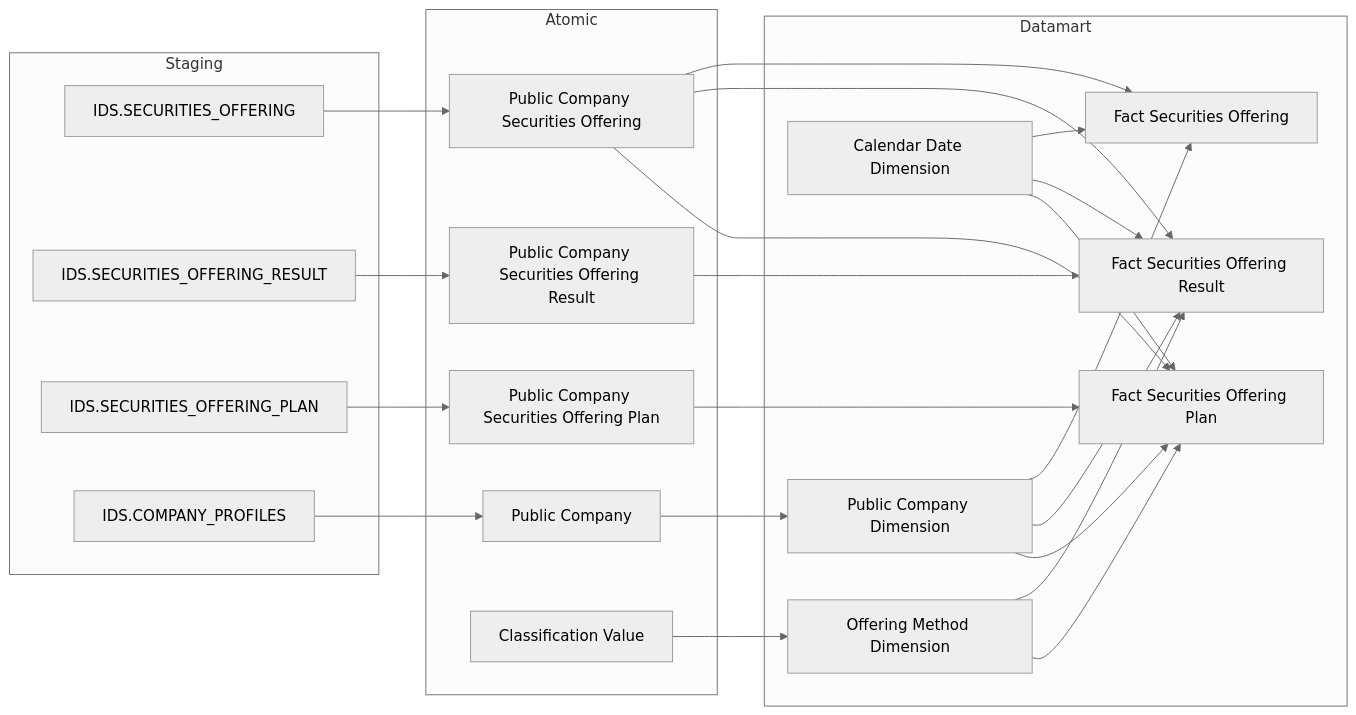
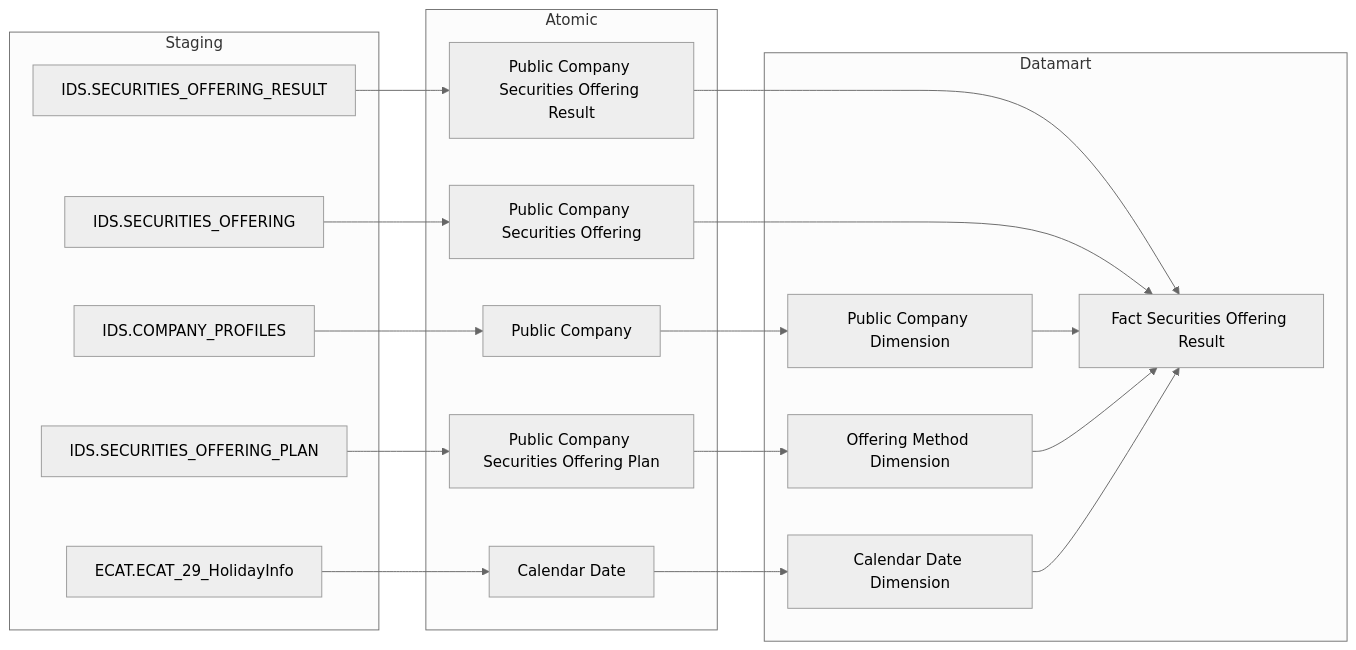
Before and after one commit to linhlvit/ubck_atomic_design: the third of 22 diagrams in Datamart/hld/DTM_QLCB_HLD.md, drawn with Mermaid (neutral theme). The commit also changed other lines of this file and 17 other files, not shown here.

````diff
--- a/Datamart/hld/DTM_QLCB_HLD.md
+++ b/Datamart/hld/DTM_QLCB_HLD.md
@@ -38,48 +120,41 @@
 ```mermaid
 flowchart LR
-    subgraph SRC_IDS["Staging"]
-        S1["IDS.SECURITIES_OFFERING"]
-        S2["IDS.SECURITIES_OFFERING_RESULT"]
-        S3["IDS.SECURITIES_OFFERING_PLAN"]
-        S4["IDS.COMPANY_PROFILES"]
+    subgraph SRC["Staging"]
+        IDS_SECURITIES_OFFERING["IDS.SECURITIES_OFFERING"]
+        IDS_SECURITIES_OFFERING_RESULT["IDS.SECURITIES_OFFERING_RESULT"]
+        IDS_SECURITIES_OFFERING_PLAN["IDS.SECURITIES_OFFERING_PLAN"]
+        IDS_COMPANY_PROFILES["IDS.COMPANY_PROFILES"]
+        ECAT_ECAT_29_HolidayInfo["ECAT.ECAT_29_HolidayInfo"]
     end
 
     subgraph SIL["Atomic"]
-        SV1["Public Company Securities Offering"]
-        SV1b["Public Company Securities Offering Result"]
-        SV1c["Public Company Securities Offering Plan"]
-        SV2["Public Company"]
-        SV4["Classification Value"]
+        Public_Company_Securities_Offering["Public Company Securities Offering"]
+        Public_Company_Securities_Offering_Result["Public Company Securities Offering Result"]
+        Public_Company_Securities_Offering_Plan["Public Company Securities Offering Plan"]
+        Public_Company["Public Company"]
+        Calendar_Date["Calendar Date"]
     end
 
-    subgraph Datamart["Datamart"]
-        G1["Fact Securities Offering"]
-        G1b["Fact Securities Offering Result"]
-        G1c["Fact Securities Offering Plan"]
-        G2["Public Company Dimension"]
-        G3["Offering Method Dimension"]
-        G4["Calendar Date Dimension"]
+    subgraph GOLD["Datamart"]
+        fct_securities_offering_result["Fact Securities Offering Result"]
+        public_company_dim["Public Company Dimension"]
+        offering_method_dim["Offering Method Dimension"]
+        cdr_dt_dim["Calendar Date Dimension"]
     end
 
-    S1 --> SV1
-    S2 --> SV1b
-    S3 --> SV1c
-    S4 --> SV2
+    IDS_SECURITIES_OFFERING --> Public_Company_Securities_Offering
+    IDS_SECURITIES_OFFERING_RESULT --> Public_Company_Securities_Offering_Result
+    IDS_SECURITIES_OFFERING_PLAN --> Public_Company_Securities_Offering_Plan
+    IDS_COMPANY_PROFILES --> Public_Company
+    ECAT_ECAT_29_HolidayInfo --> Calendar_Date
 
-    SV1 --> G1
-    SV1b --> G1b
-    SV1c --> G1c
-    SV1 --> G1b
-    SV1 --> G1c
-    SV2 --> G2
-    SV4 --> G3
+    Public_Company_Securities_Offering_Result --> fct_securities_offering_result
+    Public_Company_Securities_Offering --> fct_securities_offering_result
+    Public_Company --> public_company_dim
+    Public_Company_Securities_Offering_Plan --> offering_method_dim
+    Calendar_Date --> cdr_dt_dim
 
-    G2 --> G1
-    G4 --> G1
-    G2 --> G1b
-    G3 --> G1b
-    G4 --> G1b
-    G2 --> G1c
-    G3 --> G1c
-    G4 --> G1c
+    public_company_dim --> fct_securities_offering_result
+    offering_method_dim --> fct_securities_offering_result
+    cdr_dt_dim --> fct_securities_offering_result
 ```
````
